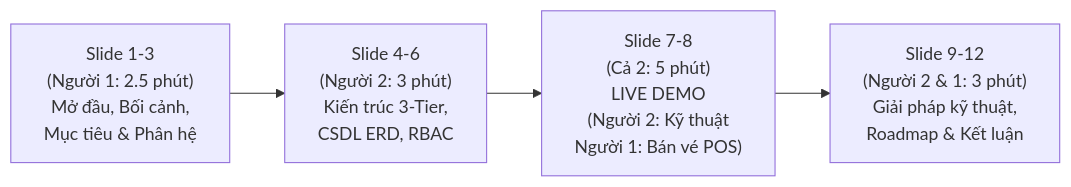
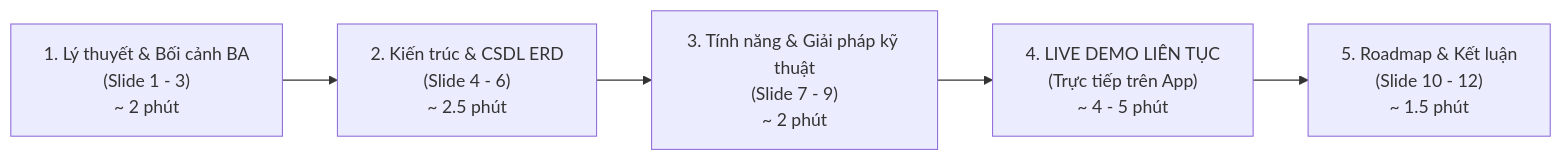
One commit to minhquan9825/quanly-tau-subway changed the first of 2 diagrams in document/KICH_BAN_THUYET_TRINH_2_NGUOI.md. Above: the diagram before and after it, drawn with Mermaid. The commit also changed other lines of this file and 1 other file, not shown here.

Commit message:
docs: update presentation script with continuous linear demo and dedicated notebooklm outline

````diff
--- a/document/KICH_BAN_THUYET_TRINH_2_NGUOI.md
+++ b/document/KICH_BAN_THUYET_TRINH_2_NGUOI.md
@@ -20,6 +14,7 @@
 ```mermaid
 flowchart LR
-    S1["Slide 1-3\n(Người 1: 2.5 phút)\nMở đầu, Bối cảnh,\nMục tiêu & Phân hệ"] --> S2["Slide 4-6\n(Người 2: 3 phút)\nKiến trúc 3-Tier,\nCSDL ERD, RBAC"]
-    S2 --> S3["Slide 7-8\n(Cả 2: 5 phút)\nLIVE DEMO\n(Người 2: Kỹ thuật\nNgười 1: Bán vé POS)"]
-    S3 --> S4["Slide 9-12\n(Người 2 & 1: 3 phút)\nGiải pháp kỹ thuật,\nRoadmap & Kết luận"]
+    A["1. Lý thuyết & Bối cảnh BA\n(Slide 1 - 3)\n~ 2 phút"] --> B["2. Kiến trúc & CSDL ERD\n(Slide 4 - 6)\n~ 2.5 phút"]
+    B --> C["3. Tính năng & Giải pháp kỹ thuật\n(Slide 7 - 9)\n~ 2 phút"]
+    C --> D["4. LIVE DEMO LIÊN TỤC\n(Trực tiếp trên App)\n~ 4 - 5 phút"]
+    D --> E["5. Roadmap & Kết luận\n(Slide 10 - 12)\n~ 1.5 phút"]
 ```
````
